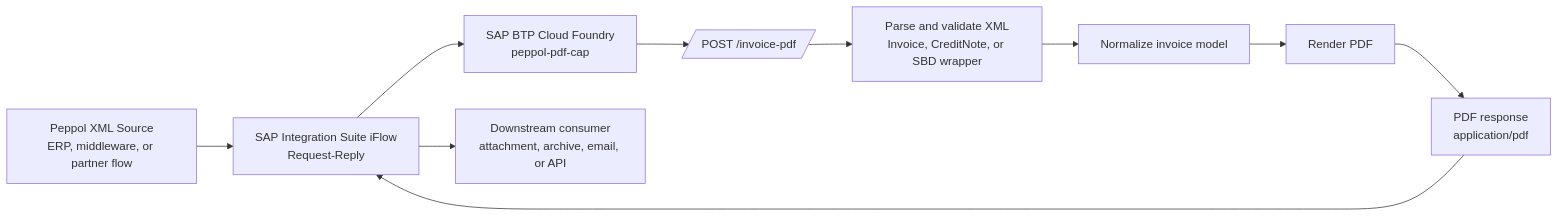
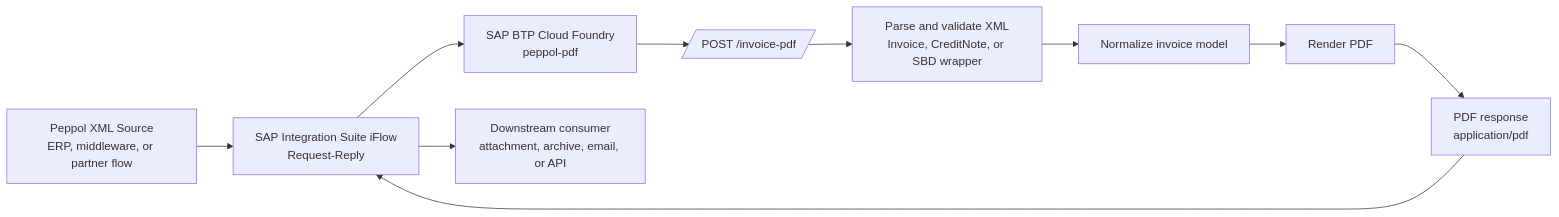
Before and after one commit to Norrminds/peppol-pdf-cap: the diagram in README.md, drawn with Mermaid. The commit also changed other lines of this file and 6 other files, not shown here.

First line of the commit message:
Rename app identifier peppol-pdf-cap -> peppol-pdf (lean branch)

````diff
--- a/README.md
+++ b/README.md
@@ -22,22 +22,22 @@
 ```mermaid
 flowchart LR
     A[Peppol XML Source\nERP, middleware, or partner flow]
     B[SAP Integration Suite iFlow\nRequest-Reply]
-    C[SAP BTP Cloud Foundry\npeppol-pdf-cap]
+    C[SAP BTP Cloud Foundry\npeppol-pdf]
     D[/POST /invoice-pdf/]
     E[Parse and validate XML\nInvoice, CreditNote, or SBD wrapper]
     F[Normalize invoice model]
     G[Render PDF]
     H[PDF response\napplication/pdf]
     I[Downstream consumer\nattachment, archive, email, or API]
 
     A --> B
     B --> C
     C --> D
     D --> E
     E --> F
     F --> G
     G --> H
     H --> B
     B --> I
 ```
````
